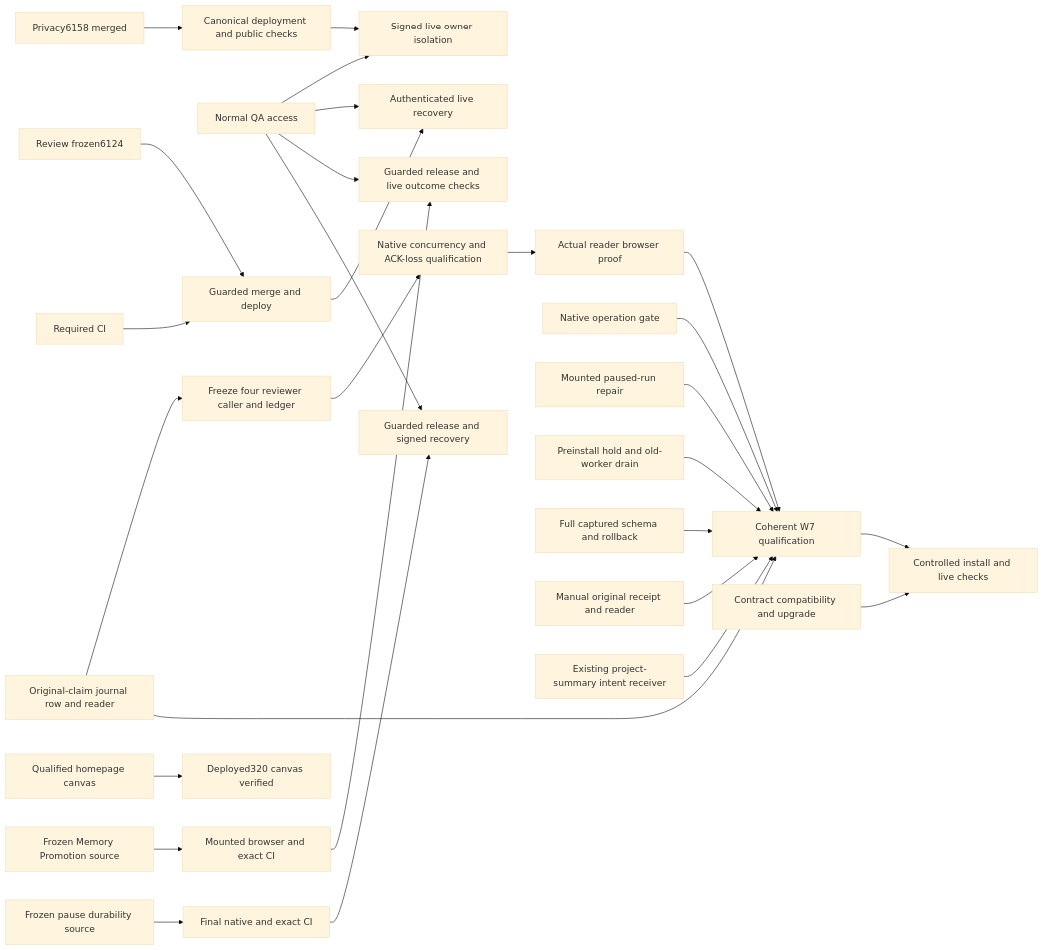
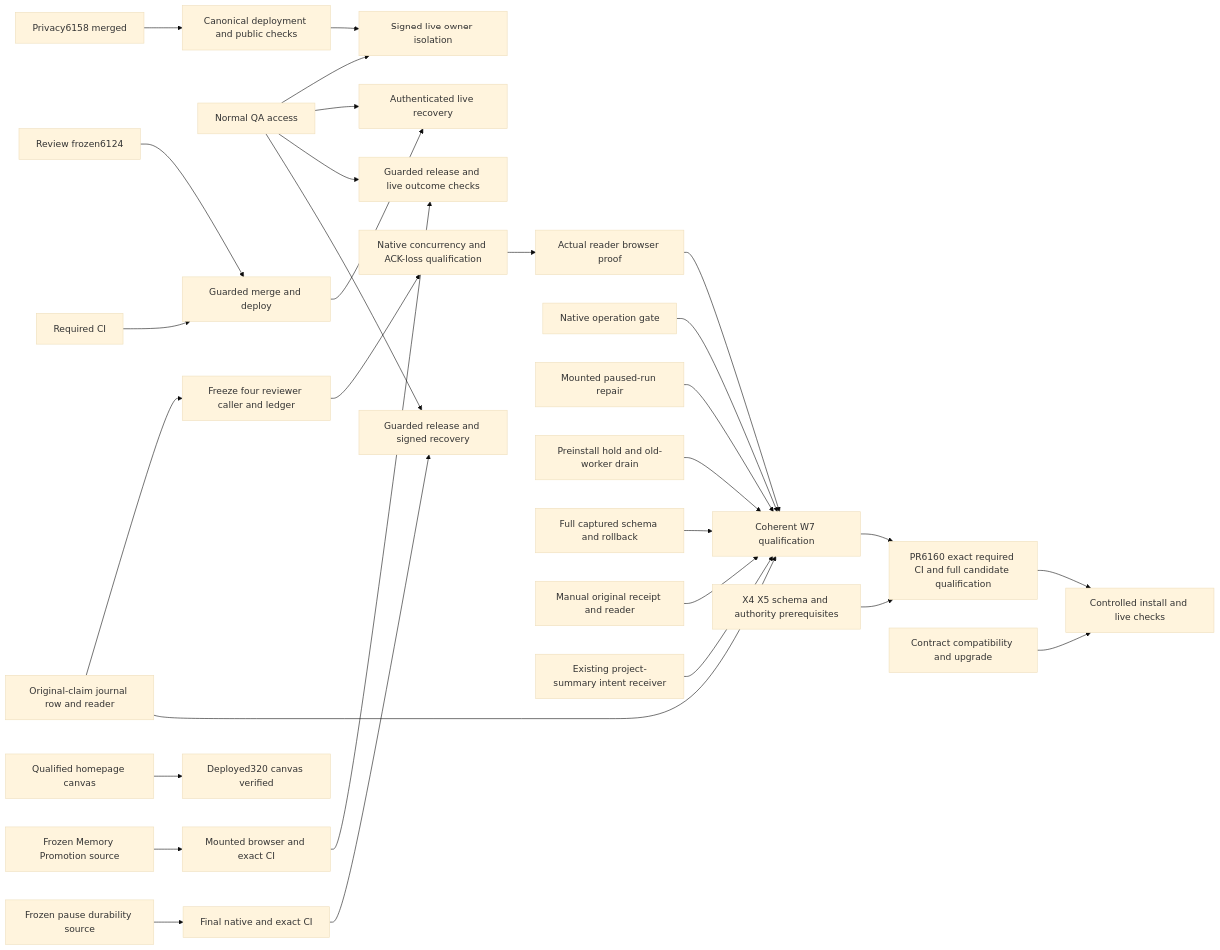
One commit to jtobkin/supraos-workflow-plan changed the first of 2 diagrams in Delivery-Path-Release-Plan.md. Above: the diagram before and after it, drawn with Mermaid (base theme). The commit also changed other lines of this file and 2 other files, not shown here.

Commit message:
Resume delivery focus and record exact release blockers

````diff
--- a/Delivery-Path-Release-Plan.md
+++ b/Delivery-Path-Release-Plan.md
@@ -92,30 +92,32 @@
 ```mermaid
 flowchart LR
  JP[Privacy6158 merged] --> JPD[Canonical deployment and public checks]
  JPD --> JPL[Signed live owner isolation]
  S3 --> JPL
  WJ --> WJR[Freeze four reviewer caller and ledger]
  WJR --> WJRN[Native concurrency and ACK-loss qualification]
  WJRN --> WJRB[Actual reader browser proof]
  WJRB --> W4
  S1[Review frozen6124] --> S4[Guarded merge and deploy]
  S2[Required CI] --> S4
  S4 --> S5[Authenticated live recovery]
  S3[Normal QA access] --> S5
  H1[Qualified homepage canvas] --> H2[Deployed320 canvas verified]
  MP1[Frozen Memory Promotion source] --> MP2[Mounted browser and exact CI]
  MP2 --> MP3[Guarded release and live outcome checks]
  S3 --> MP3
  P1[Frozen pause durability source] --> P2[Final native and exact CI]
  P2 --> P3[Guarded release and signed recovery]
  S3 --> P3
  W1[Native operation gate] --> W4[Coherent W7 qualification]
  W2[Mounted paused-run repair] --> W4
  W3[Preinstall hold and old-worker drain] --> W4
  WP[Full captured schema and rollback] --> W4
  WM[Manual original receipt and reader] --> W4
  WB[Existing project-summary intent receiver] --> W4
  WJ[Original-claim journal row and reader] --> W4
- W4 --> W5[Controlled install and live checks]
+ W4 --> RC[PR6160 exact required CI and full candidate qualification]
+ XP[X4 X5 schema and authority prerequisites] --> RC
+ RC --> W5[Controlled install and live checks]
  L1[Contract compatibility and upgrade] --> W5
 ```
````
